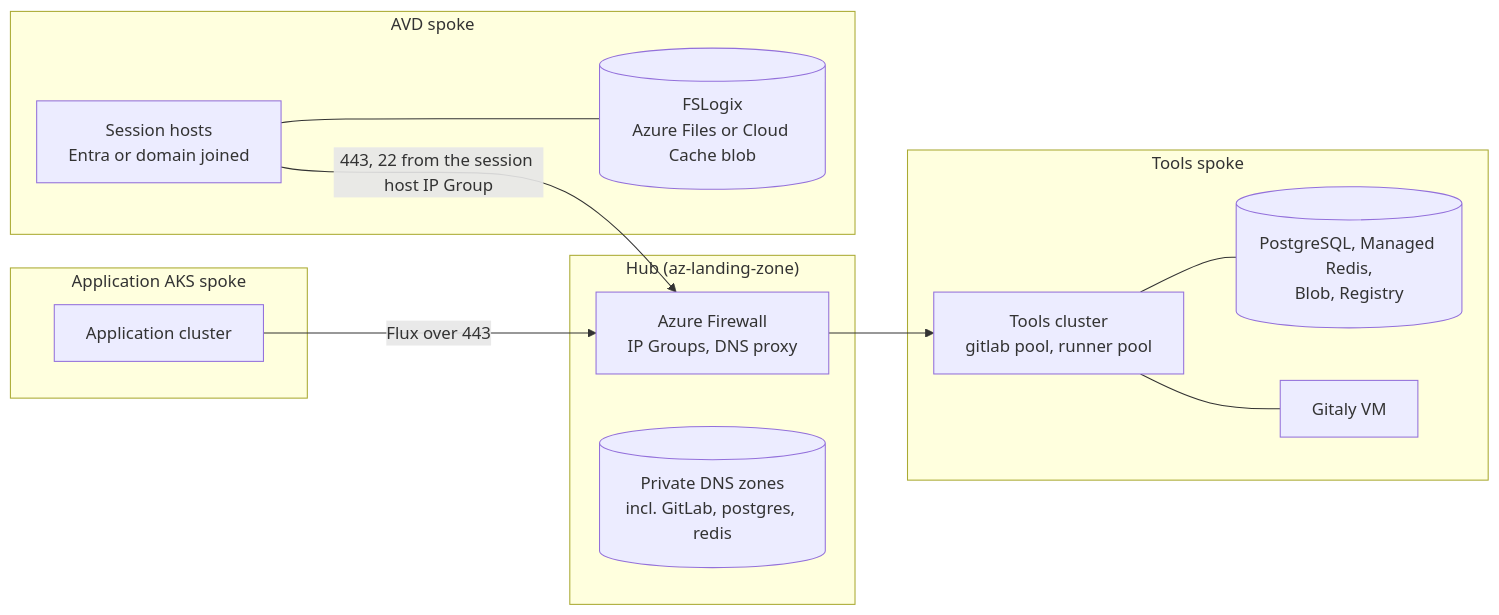
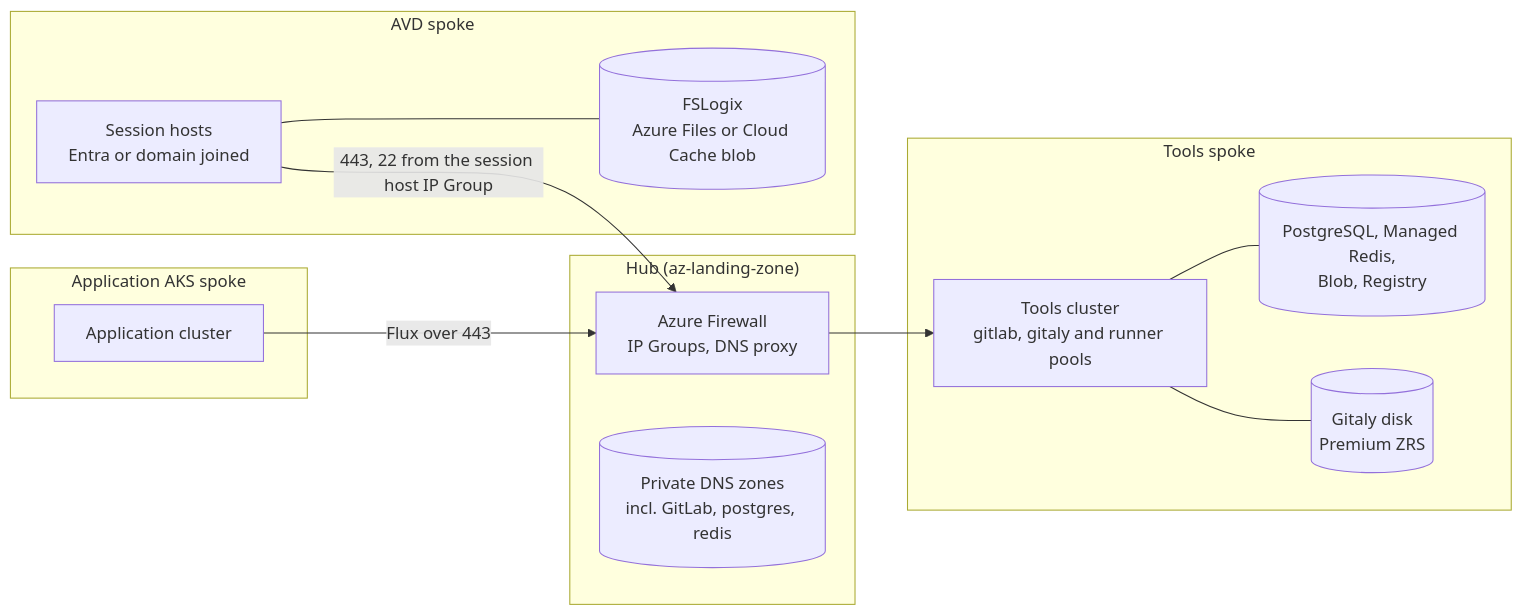
The diagram in docs/diagrams/src/arch-tools-traffic.mmd (mipapi1/azure-infrastructure), drawn with Mermaid before and after one commit. The commit also changed 37 other files, not shown here.

```diff
--- a/docs/diagrams/src/arch-tools-traffic.mmd
+++ b/docs/diagrams/src/arch-tools-traffic.mmd
@@ -1,29 +1,29 @@
 flowchart LR
   subgraph hub["Hub (az-landing-zone)"]
     afw[Azure Firewall<br/>IP Groups, DNS proxy]
     zones[(Private DNS zones<br/>incl. GitLab, postgres, redis)]
   end
   subgraph avd["AVD spoke"]
     hosts[Session hosts<br/>Entra or domain joined]
     prof[(FSLogix<br/>Azure Files or Cloud Cache blob)]
   end
   subgraph app["Application AKS spoke"]
     appaks[Application cluster]
   end
   subgraph tools["Tools spoke"]
-    toolsaks[Tools cluster<br/>gitlab pool, runner pool]
+    toolsaks[Tools cluster<br/>gitlab, gitaly and runner pools]
     data[(PostgreSQL, Managed Redis,<br/>Blob, Registry)]
-    gvm[Gitaly VM]
+    gvm[(Gitaly disk<br/>Premium ZRS)]
   end
   hosts -->|443, 22 from the session host IP Group| afw --> toolsaks
   appaks -->|Flux over 443| afw
   toolsaks --- data & gvm
   hosts --- prof
 
   class afw sec
-  class zones,prof,data data
+  class zones,prof,data,gvm data
   class hosts,appaks net
-  class toolsaks,gvm ci
+  class toolsaks ci
   class hub z-sec
   class avd,app z-net
   class tools z-ci
```
